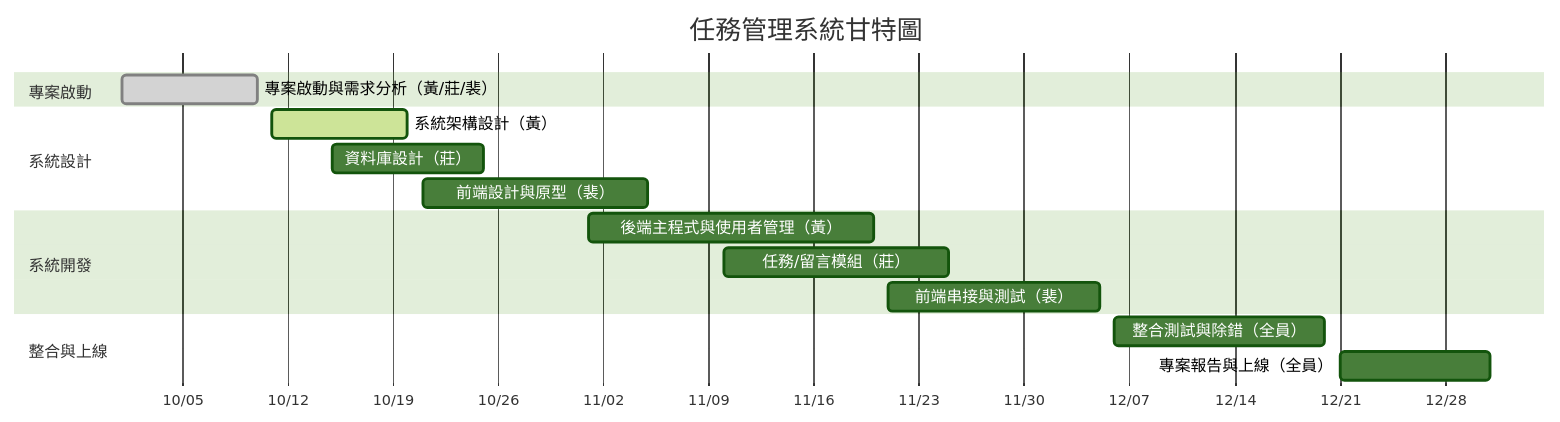
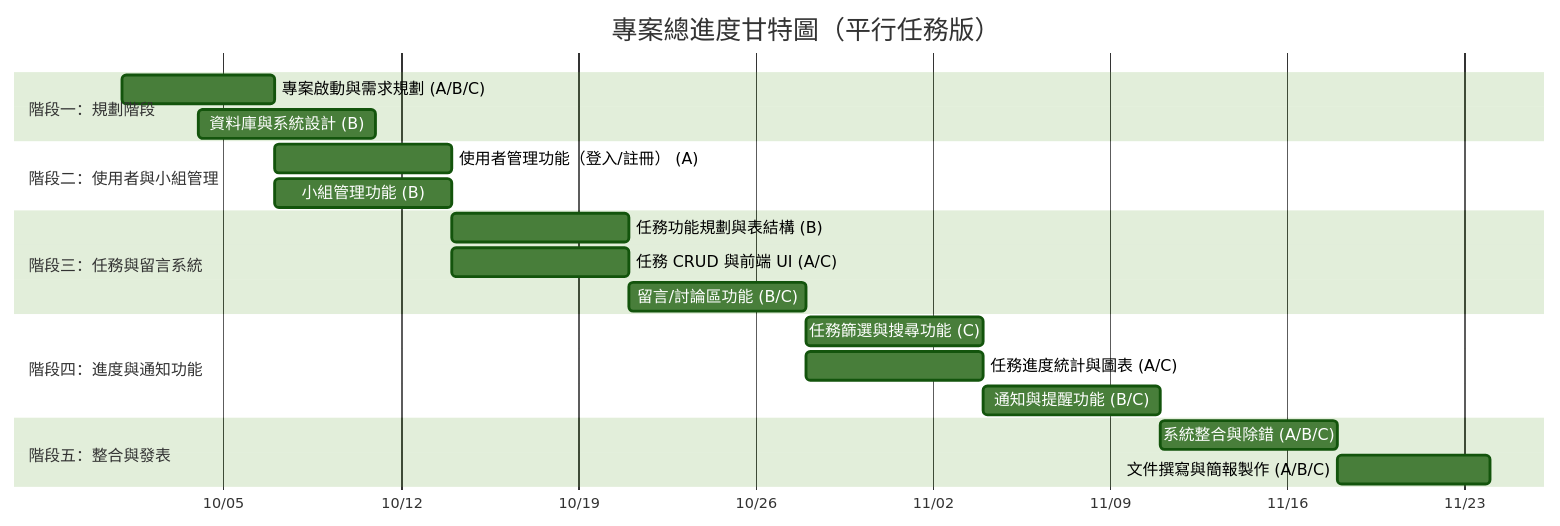
One commit to zhuang147/Task-Management changed the diagram in 草稿.md. Above: the diagram before and after it, drawn with Mermaid (forest theme). The commit also changed other lines of this file, not shown here.

````diff
--- a/草稿.md
+++ b/草稿.md
@@ -1,23 +21,28 @@
 ```mermaid
 gantt
-    title 任務管理系統甘特圖
+    title 專案總進度甘特圖（平行任務版）
     dateFormat  YYYY-MM-DD
     axisFormat  %m/%d
 
-    section 專案啟動
-    專案啟動與需求分析（黃/莊/裴） :done, 2025-10-01, 2025-10-10
+    section 階段一：規劃階段
+    專案啟動與需求規劃 (A/B/C)  :a1, 2025-10-01, 6d
+    資料庫與系統設計 (B)        :a2, 2025-10-04, 7d
 
-    section 系統設計
-    系統架構設計（黃） :active, 2025-10-11, 2025-10-20
-    資料庫設計（莊） : 2025-10-15, 2025-10-25
-    前端設計與原型（裴） : 2025-10-21, 2025-11-05
+    section 階段二：使用者與小組管理
+    使用者管理功能（登入/註冊） (A) :b1, 2025-10-07, 7d
+    小組管理功能 (B)                :b2, 2025-10-07, 7d
 
-    section 系統開發
-    後端主程式與使用者管理（黃） : 2025-11-01, 2025-11-20
-    任務/留言模組（莊） : 2025-11-10, 2025-11-25
-    前端串接與測試（裴） : 2025-11-21, 2025-12-05
+    section 階段三：任務與留言系統
+    任務功能規劃與表結構 (B)        :c1, 2025-10-14, 7d
+    任務 CRUD 與前端 UI (A/C)       :c2, 2025-10-14, 7d
+    留言/討論區功能 (B/C)           :c3, 2025-10-21, 7d
 
-    section 整合與上線
-    整合測試與除錯（全員） : 2025-12-06, 2025-12-20
-    專案報告與上線（全員） : 2025-12-21, 2025-12-31
+    section 階段四：進度與通知功能
+    任務篩選與搜尋功能 (C)         :d1, 2025-10-28, 7d
+    任務進度統計與圖表 (A/C)       :d2, 2025-10-28, 7d
+    通知與提醒功能 (B/C)           :d3, 2025-11-04, 7d
+
+    section 階段五：整合與發表
+    系統整合與除錯 (A/B/C)         :e1, 2025-11-11, 7d
+    文件撰寫與簡報製作 (A/B/C)     :e2, 2025-11-18, 6d
 ```
````
